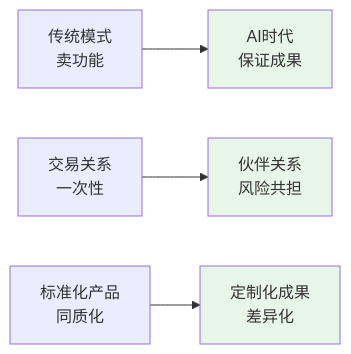
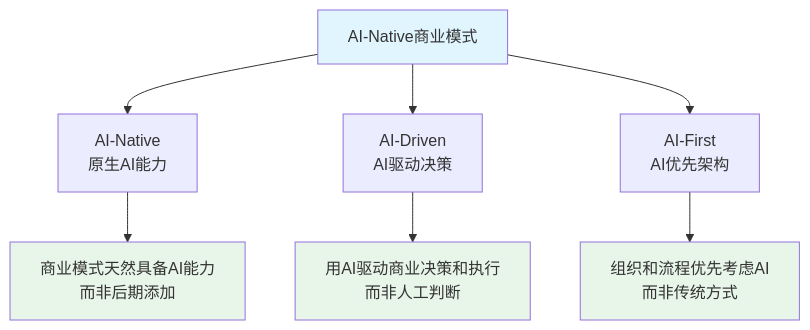
The second of 3 diagrams in README.md (Deepractice/COSE), drawn with Mermaid before and after one commit. The commit also changed other lines of this file and 19 other files, not shown here.

````diff
--- a/README.md
+++ b/README.md
@@ -84,10 +33,15 @@
 ```mermaid
-graph LR
-    A[传统模式<br/>卖功能] --> B[AI时代<br/>保证成果]
-    C[交易关系<br/>一次性] --> D[伙伴关系<br/>风险共担]
-    E[标准化产品<br/>同质化] --> F[定制化成果<br/>差异化]
+graph TD
+    A[AI-Native商业模式] --> B[AI-Native<br/>原生AI能力]
+    A --> C[AI-Driven<br/>AI驱动决策]
+    A --> D[AI-First<br/>AI优先架构]
     
-    style B fill:#e8f5e9
-    style D fill:#e8f5e9  
+    B --> E[商业模式天然具备AI能力<br/>而非后期添加]
+    C --> F[用AI驱动商业决策和执行<br/>而非人工判断]
+    D --> G[组织和流程优先考虑AI<br/>而非传统方式]
+    
+    style A fill:#e1f5fe
+    style E fill:#e8f5e9
     style F fill:#e8f5e9
+    style G fill:#e8f5e9
 ```
````
